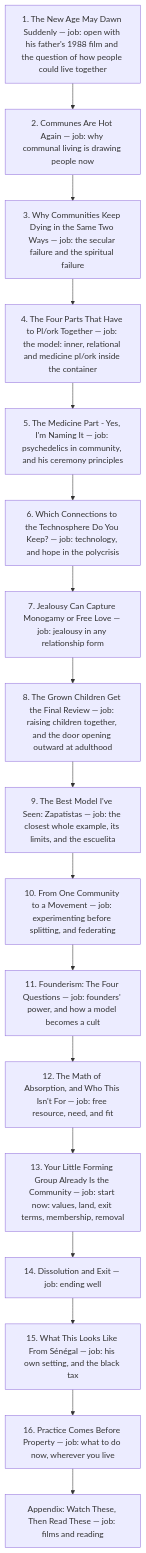
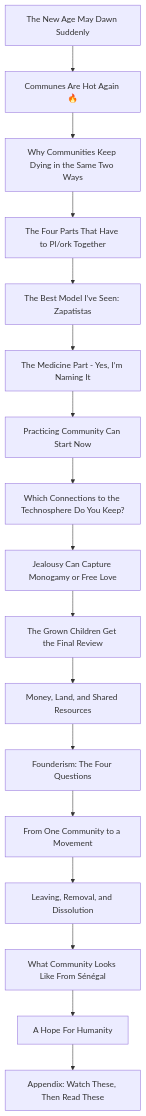
One commit to u-dont-existDOTcom/joel-articles changed the first of 2 diagrams in articles/intentional-communities/ARCHITECTURE.md. Above: the diagram before and after it, drawn with Mermaid. The commit also changed other lines of this file and 21 other files, not shown here.

````diff
--- a/articles/intentional-communities/ARCHITECTURE.md
+++ b/articles/intentional-communities/ARCHITECTURE.md
@@ -11,22 +9,21 @@
 ```mermaid
 flowchart TD
-    s1["1. The New Age May Dawn Suddenly — job: open with his father's 1988 film and the question of how people could live together"]
-    s2["2. Communes Are Hot Again — job: why communal living is drawing people now"]
-    s3["3. Why Communities Keep Dying in the Same Two Ways — job: the secular failure and the spiritual failure"]
-    s4["4. The Four Parts That Have to Pl/ork Together — job: the model: inner, relational and medicine pl/ork inside the container"]
-    s5["5. The Medicine Part - Yes, I'm Naming It — job: psychedelics in community, and his ceremony principles"]
-    s6["6. Which Connections to the Technosphere Do You Keep? — job: technology, and hope in the polycrisis"]
-    s7["7. Jealousy Can Capture Monogamy or Free Love — job: jealousy in any relationship form"]
-    s8["8. The Grown Children Get the Final Review — job: raising children together, and the door opening outward at adulthood"]
-    s9["9. The Best Model I've Seen: Zapatistas — job: the closest whole example, its limits, and the escuelita"]
-    s10["10. From One Community to a Movement — job: experimenting before splitting, and federating"]
-    s11["11. Founderism: The Four Questions — job: founders' power, and how a model becomes a cult"]
-    s12["12. The Math of Absorption, and Who This Isn't For — job: free resource, need, and fit"]
-    s13["13. Your Little Forming Group Already Is the Community — job: start now: values, land, exit terms, membership, removal"]
-    s14["14. Dissolution and Exit — job: ending well"]
-    s15["15. What This Looks Like From Sénégal — job: his own setting, and the black tax"]
-    s16["16. Practice Comes Before Property — job: what to do now, wherever you live"]
-    app["Appendix: Watch These, Then Read These — job: films and reading"]
-
-    s1 --> s2 --> s3 --> s4 --> s5 --> s6 --> s7 --> s8 --> s9 --> s10 --> s11 --> s12 --> s13 --> s14 --> s15 --> s16 --> app
+    s0["The New Age May Dawn Suddenly"]
+    s1["Communes Are Hot Again 🔥"]
+    s2["Why Communities Keep Dying in the Same Two Ways"]
+    s3["The Four Parts That Have to Pl/ork Together"]
+    s4["The Best Model I’ve Seen: Zapatistas"]
+    s5["The Medicine Part - Yes, I’m Naming It"]
+    s6["Practicing Community Can Start Now"]
+    s7["Which Connections to the Technosphere Do You Keep?"]
+    s8["Jealousy Can Capture Monogamy or Free Love"]
+    s9["The Grown Children Get the Final Review"]
+    s10["Money, Land, and Shared Resources"]
+    s11["Founderism: The Four Questions"]
+    s12["From One Community to a Movement"]
+    s13["Leaving, Removal, and Dissolution"]
+    s14["What Community Looks Like From Sénégal"]
+    s15["A Hope For Humanity"]
+    s16["Appendix: Watch These, Then Read These"]
+    s0 --> s1 --> s2 --> s3 --> s4 --> s5 --> s6 --> s7 --> s8 --> s9 --> s10 --> s11 --> s12 --> s13 --> s14 --> s15 --> s16
 ```
````
